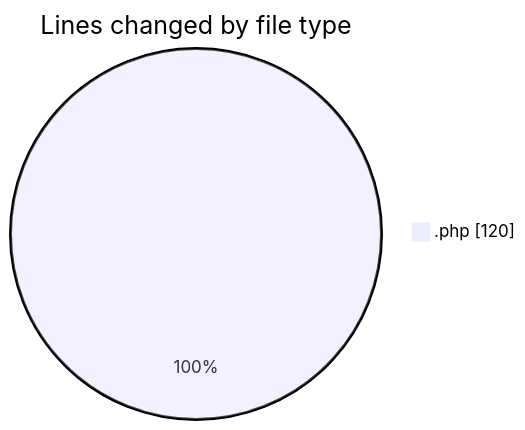
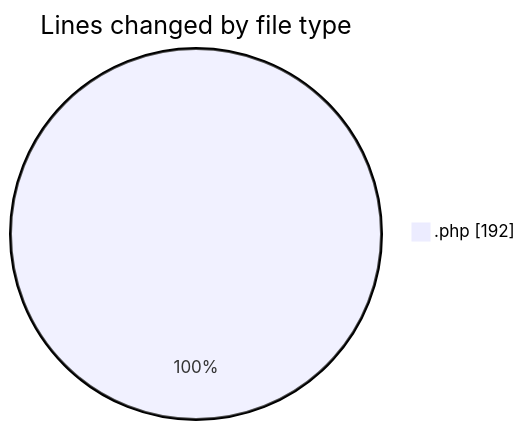
The first of 2 diagrams in 2026-09-17/untitled__workspace_/README.md (debugP/code-tracking), drawn with Mermaid before and after one commit. The commit also changed other lines of this file and 1 other file, not shown here.

````diff
--- a/2026-09-17/untitled__workspace_/README.md
+++ b/2026-09-17/untitled__workspace_/README.md
@@ -21,5 +22,5 @@
 ```mermaid
 pie showData
 title Lines changed by file type
-".php" : 120
+".php" : 192
 ```
````
